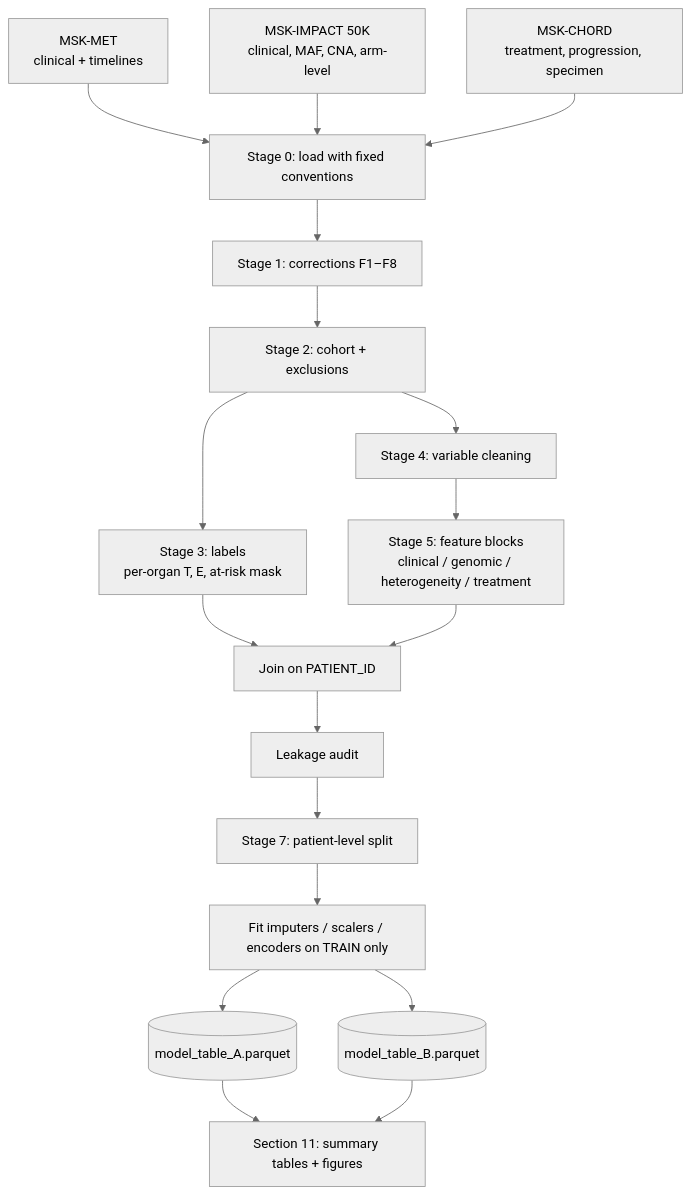
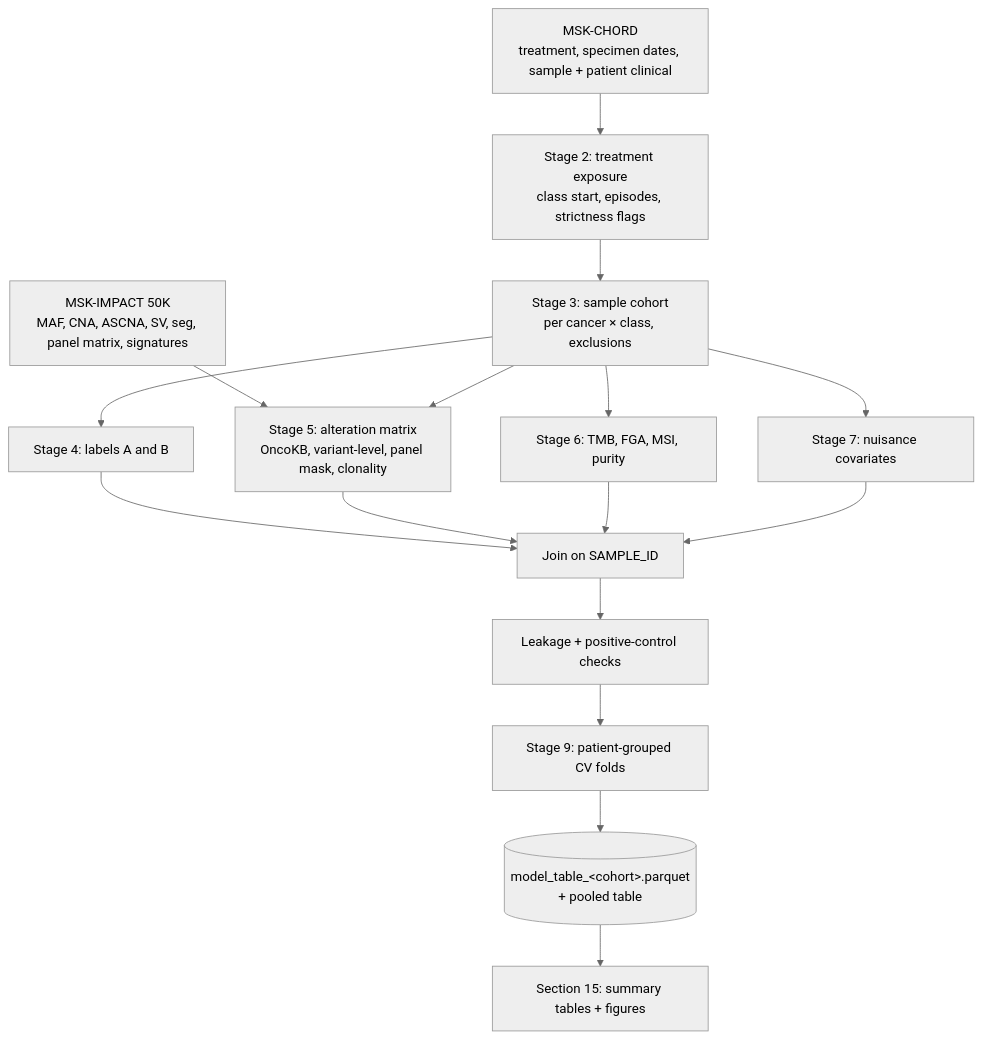
The diagram in data_cleaning_plan.md (Hammerb88/AI-Health-Project), drawn with Mermaid (neutral theme) before and after one commit. The commit also changed other lines of this file and 56 other files, not shown here.

Commit message:
Add v3 data cleaning pipeline (milestones M1-M2): exposure, cohort, alterations, preprocessing, report

````diff
--- a/data_cleaning_plan.md
+++ b/data_cleaning_plan.md
@@ -53,20 +160,18 @@
 ```mermaid
 flowchart TD
-    R1[MSK-MET<br/>clinical + timelines] --> S0
-    R2[MSK-IMPACT 50K<br/>clinical, MAF, CNA, arm-level] --> S0
-    R3[MSK-CHORD<br/>treatment, progression, specimen] --> S0
-    S0[Stage 0: load with fixed conventions] --> S1[Stage 1: corrections F1–F8]
-    S1 --> S2[Stage 2: cohort + exclusions]
-    S2 --> S3[Stage 3: labels<br/>per-organ T, E, at-risk mask]
-    S2 --> S4[Stage 4: variable cleaning]
-    S4 --> S5[Stage 5: feature blocks<br/>clinical / genomic / heterogeneity / treatment]
-    S3 --> J[Join on PATIENT_ID]
+    C1[MSK-CHORD<br/>treatment, specimen dates, sample + patient clinical] --> S2
+    I1[MSK-IMPACT 50K<br/>MAF, CNA, ASCNA, SV, seg, panel matrix, signatures] --> S5
+    S2[Stage 2: treatment exposure<br/>class start, episodes, strictness flags] --> S3
+    S3[Stage 3: sample cohort<br/>per cancer × class, exclusions] --> S4[Stage 4: labels A and B]
+    S3 --> S5[Stage 5: alteration matrix<br/>OncoKB, variant-level, panel mask, clonality]
+    S3 --> S6[Stage 6: TMB, FGA, MSI, purity]
+    S3 --> S7[Stage 7: nuisance covariates]
+    S4 --> J[Join on SAMPLE_ID]
     S5 --> J
-    J --> L[Leakage audit]
-    L --> SP[Stage 7: patient-level split]
-    SP --> T[Fit imputers / scalers / encoders on TRAIN only]
-    T --> O1[(model_table_A.parquet)]
-    T --> O2[(model_table_B.parquet)]
-    O1 --> REP[Section 11: summary tables + figures]
-    O2 --> REP
+    S6 --> J
+    S7 --> J
+    J --> CK[Leakage + positive-control checks]
+    CK --> SP[Stage 9: patient-grouped CV folds]
+    SP --> O[(model_table_&lt;cohort&gt;.parquet<br/>+ pooled table)]
+    O --> REP[Section 15: summary tables + figures]
 ```
````
